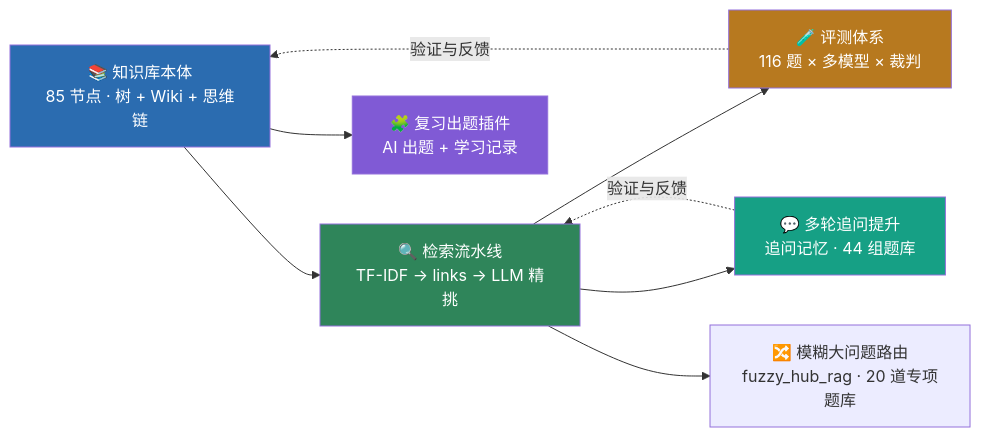
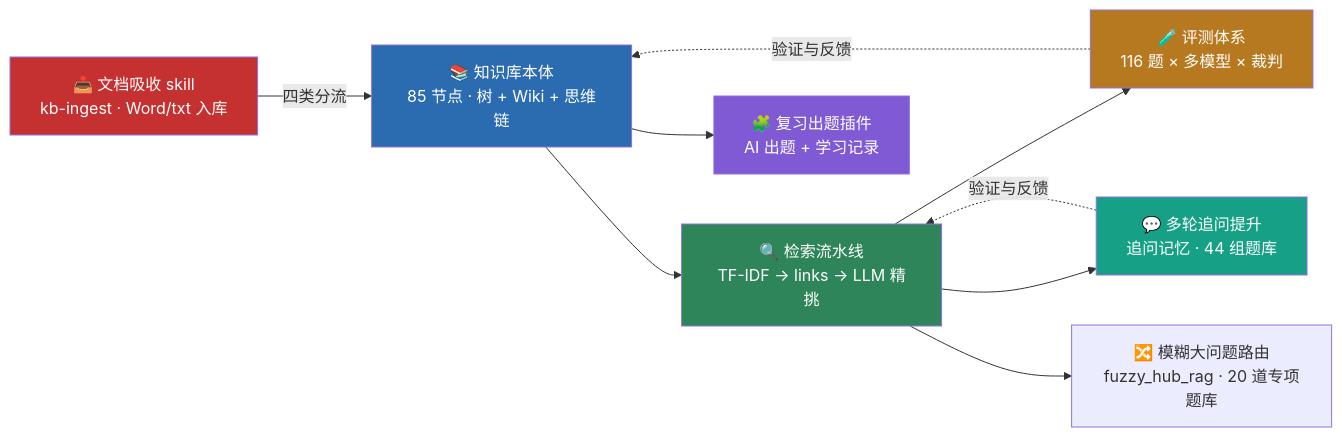
The first of 12 diagrams in README.md (Baixiaodou/comm-knowledge-graph), drawn with Mermaid before and after one commit. The commit also changed other lines of this file, not shown here.

Commit message:
docs: kb-ingest 升级为独立章节（与 fuzzy_hub_rag 平行），全景图与目录同步

````diff
--- a/README.md
+++ b/README.md
@@ -24,16 +24,18 @@
 ```mermaid
 flowchart LR
     A["📚 知识库本体<br/>85 节点 · 树 + Wiki + 思维链"] --> B["🔍 检索流水线<br/>TF-IDF → links → LLM 精挑"]
     B --> C["🧪 评测体系<br/>116 题 × 多模型 × 裁判"]
     A --> D["🧩 复习出题插件<br/>AI 出题 + 学习记录"]
     B --> E["💬 多轮追问提升<br/>追问记忆 · 44 组题库"]
     E -.->|验证与反馈| B
     B --> F["🔀 模糊大问题路由<br/>fuzzy_hub_rag · 20 道专项题库"]
+    G["📥 文档吸收 skill<br/>kb-ingest · Word/txt 入库"] -->|四类分流| A
     C -.->|验证与反馈| A
 
     style A fill:#2b6cb0,color:#fff
     style B fill:#2f855a,color:#fff
     style C fill:#b7791f,color:#fff
     style D fill:#805ad5,color:#fff
     style E fill:#16a085,color:#fff
+    style G fill:#c53030,color:#fff
 ```
````
